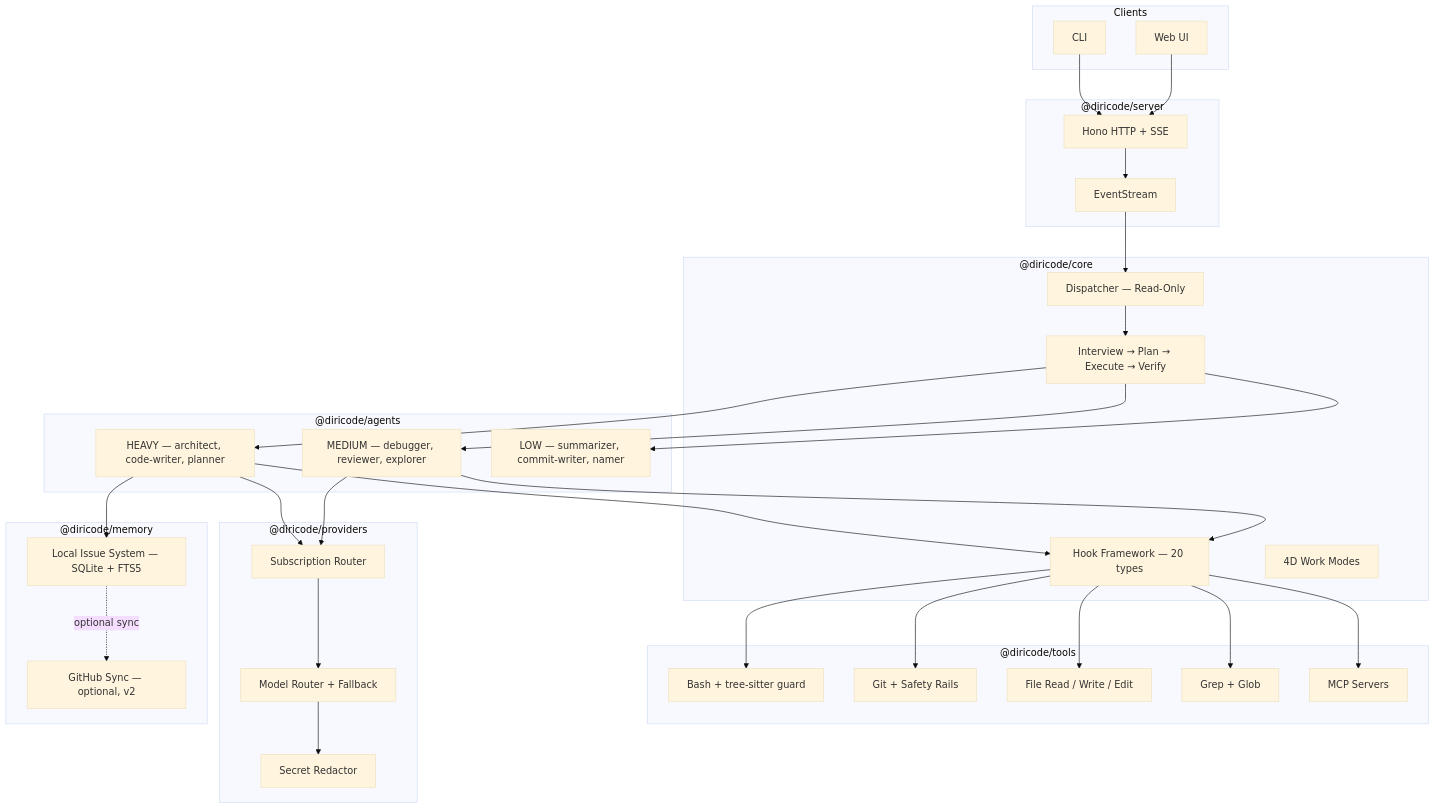
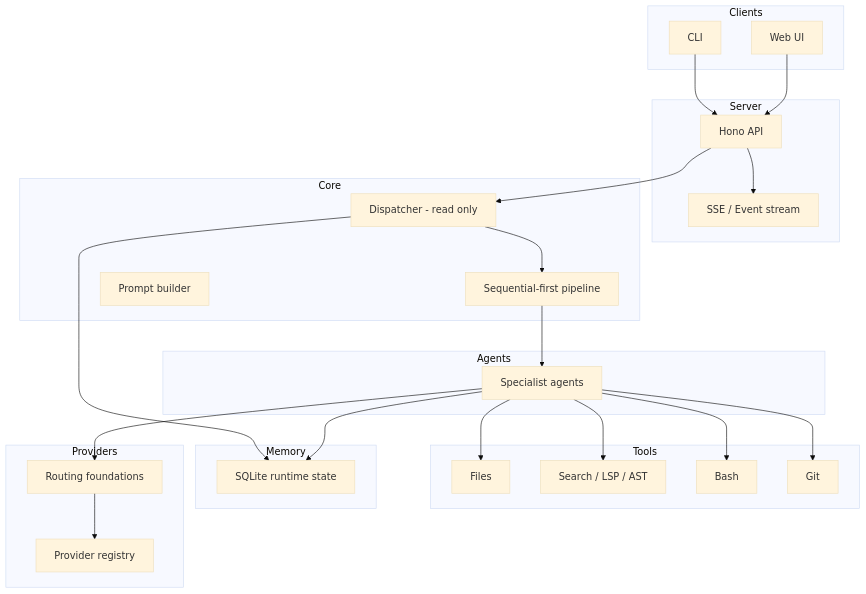
Before and after one commit to radoxtech/diricode: the diagram in README.md, drawn with Mermaid (base theme). The commit also changed other lines of this file and 16 other files, not shown here.

First line of the commit message:
docs(planning): align prototype-first roadmap and backlog

````diff
--- a/README.md
+++ b/README.md
@@ -143,66 +97,53 @@
 ```mermaid
 graph TD
-    subgraph "Clients"
+    subgraph Clients
         CLI[CLI]
         Web[Web UI]
     end
 
-    subgraph "@diricode/server"
-        Hono[Hono HTTP + SSE]
-        Events[EventStream]
+    subgraph Server
+        API[Hono API]
+        SSE[SSE / Event stream]
     end
 
-    subgraph "@diricode/core"
-        Dispatcher[Dispatcher — Read-Only]
-        Pipeline[Interview → Plan → Execute → Verify]
-        Hooks[Hook Framework — 20 types]
-        WorkMode[4D Work Modes]
+    subgraph Core
+        Dispatcher[Dispatcher - read only]
+        Pipeline[Sequential-first pipeline]
+        Prompt[Prompt builder]
     end
 
-    subgraph "@diricode/agents"
-        Heavy[HEAVY — architect, code-writer, planner]
-        Medium[MEDIUM — debugger, reviewer, explorer]
-        Low[LOW — summarizer, commit-writer, namer]
+    subgraph Agents
+        Specialists[Specialist agents]
     end
 
-    subgraph "@diricode/tools"
-        Bash[Bash + tree-sitter guard]
-        Git[Git + Safety Rails]
-        Files[File Read / Write / Edit]
-        Search[Grep + Glob]
-        MCP[MCP Servers]
+    subgraph Tools
+        Files[Files]
+        Search[Search / LSP / AST]
+        Bash[Bash]
+        Git[Git]
     end
 
-    subgraph "@diricode/providers"
-        SubRouter[Subscription Router]
-        Router[Model Router + Fallback]
-        Redactor[Secret Redactor]
+    subgraph Memory
+        SQLite[SQLite runtime state]
     end
 
-    subgraph "@diricode/memory"
-        Issues[Local Issue System — SQLite + FTS5]
-        GHSync[GitHub Sync — optional, v2]
+    subgraph Providers
+        Registry[Provider registry]
+        Router[Routing foundations]
     end
 
-    CLI --> Hono
-    Web --> Hono
-    Hono --> Events
-    Events --> Dispatcher
+    CLI --> API
+    Web --> API
+    API --> SSE
+    API --> Dispatcher
     Dispatcher --> Pipeline
-    Pipeline --> Heavy
-    Pipeline --> Medium
-    Pipeline --> Low
-    Heavy --> Hooks
-    Medium --> Hooks
-    Hooks --> Bash
-    Hooks --> Git
-    Hooks --> Files
-    Hooks --> Search
-    Hooks --> MCP
-    Heavy --> SubRouter
-    Medium --> SubRouter
-    SubRouter --> Router
-    Router --> Redactor
-    Heavy --> Issues
-    Issues -.->|optional sync| GHSync
+    Pipeline --> Specialists
+    Specialists --> Files
+    Specialists --> Search
+    Specialists --> Bash
+    Specialists --> Git
+    Dispatcher --> SQLite
+    Specialists --> SQLite
+    Specialists --> Router
+    Router --> Registry
 ```
````
